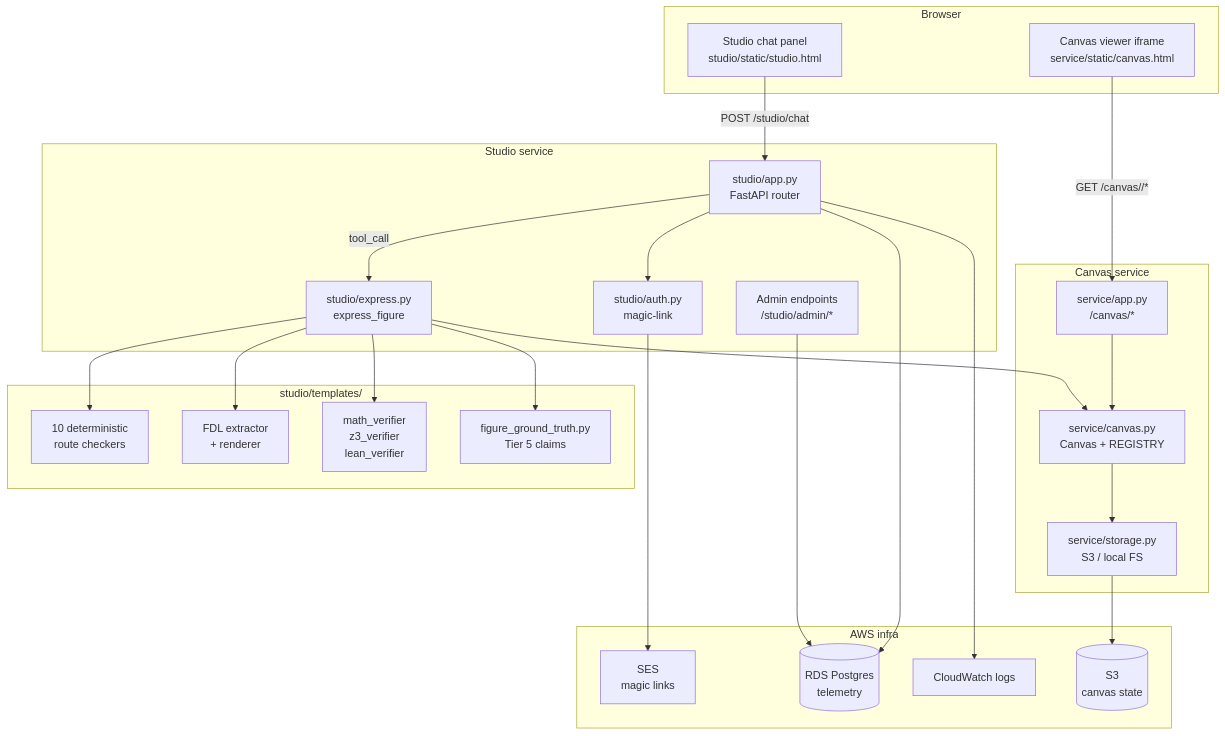
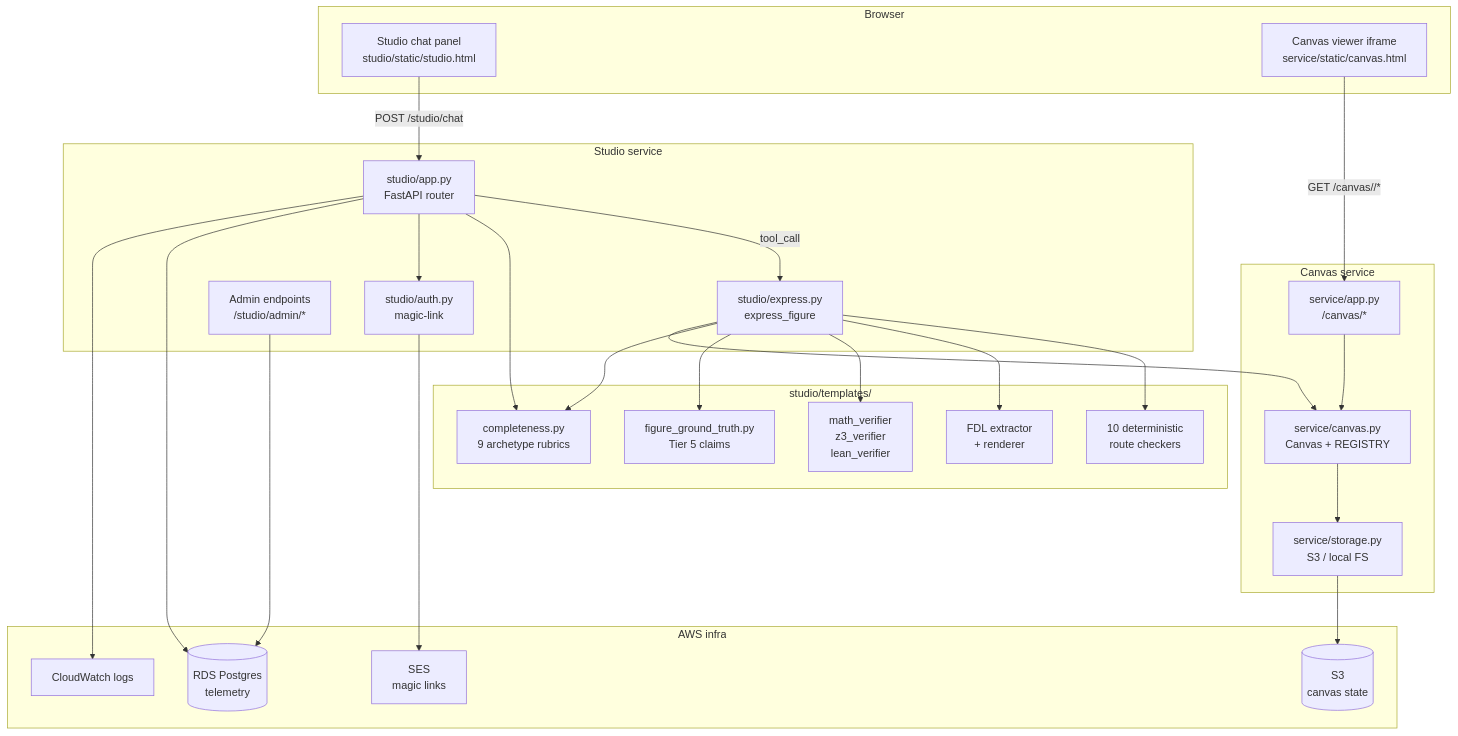
One commit to khayyam-math/khayyam-math changed the first of 11 diagrams in ARCHITECTURE.md. Above: the diagram before and after it, drawn with Mermaid. The commit also changed other lines of this file and 5 other files, not shown here.

````diff
--- a/ARCHITECTURE.md
+++ b/ARCHITECTURE.md
@@ -35,51 +35,54 @@
 ```mermaid
 flowchart TB
     subgraph browser[Browser]
         chat[Studio chat panel<br/>studio/static/studio.html]
         canvas[Canvas viewer iframe<br/>service/static/canvas.html]
     end
 
     subgraph studio[Studio service]
         app[studio/app.py<br/>FastAPI router]
         exp[studio/express.py<br/>express_figure]
         auth[studio/auth.py<br/>magic-link]
         adm[Admin endpoints<br/>/studio/admin/*]
     end
 
     subgraph templates[studio/templates/]
         det[10 deterministic<br/>route checkers]
         fdl[FDL extractor<br/>+ renderer]
         ver[math_verifier<br/>z3_verifier<br/>lean_verifier]
         gt[figure_ground_truth.py<br/>Tier 5 claims]
+        comp[completeness.py<br/>9 archetype rubrics]
     end
 
     subgraph svc[Canvas service]
         canv[service/canvas.py<br/>Canvas + REGISTRY]
         svcapp[service/app.py<br/>/canvas/*]
         store[service/storage.py<br/>S3 / local FS]
     end
 
     subgraph aws[AWS infra]
         rds[(RDS Postgres<br/>telemetry)]
         s3[(S3<br/>canvas state)]
         ses[SES<br/>magic links]
         cw[CloudWatch logs]
     end
 
     chat -->|POST /studio/chat| app
     app -->|tool_call| exp
     exp --> det
     exp --> fdl
     exp --> ver
     exp --> gt
+    exp --> comp
+    app --> comp
     exp --> canv
     canv --> store
     store --> s3
     app --> auth
     auth --> ses
     canvas -->|GET /canvas/<id>/*| svcapp
     svcapp --> canv
     app --> rds
     app --> cw
     adm --> rds
 ```
````
